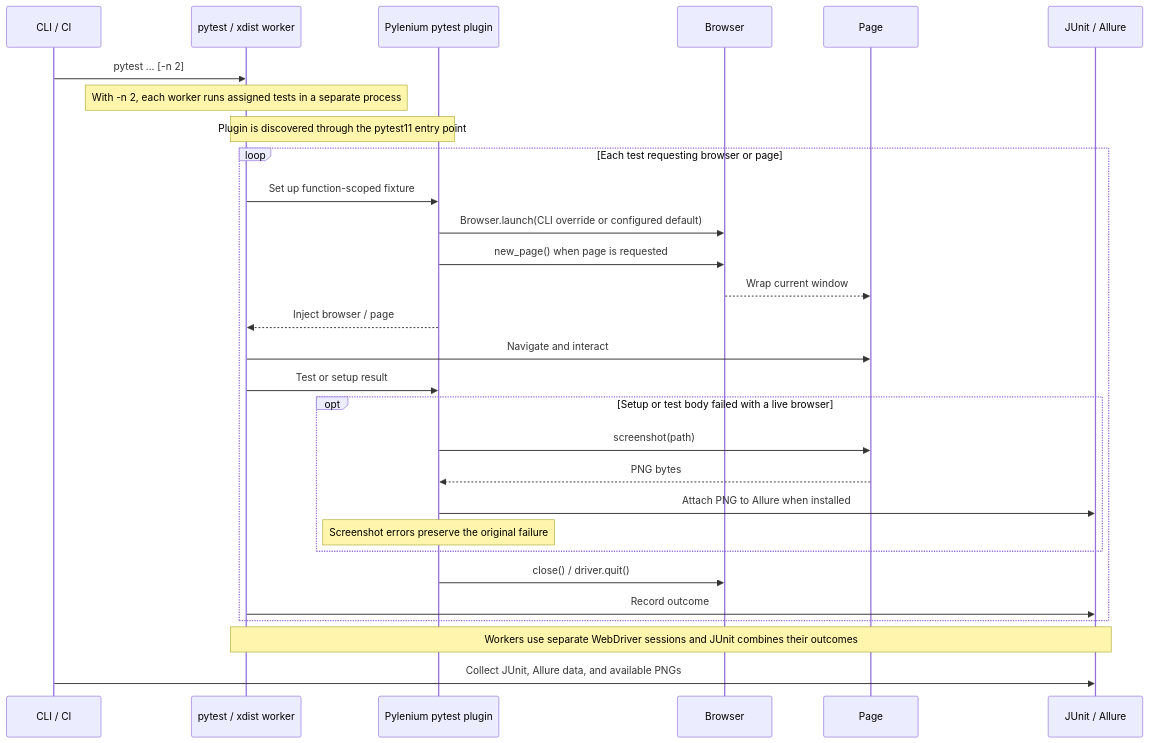
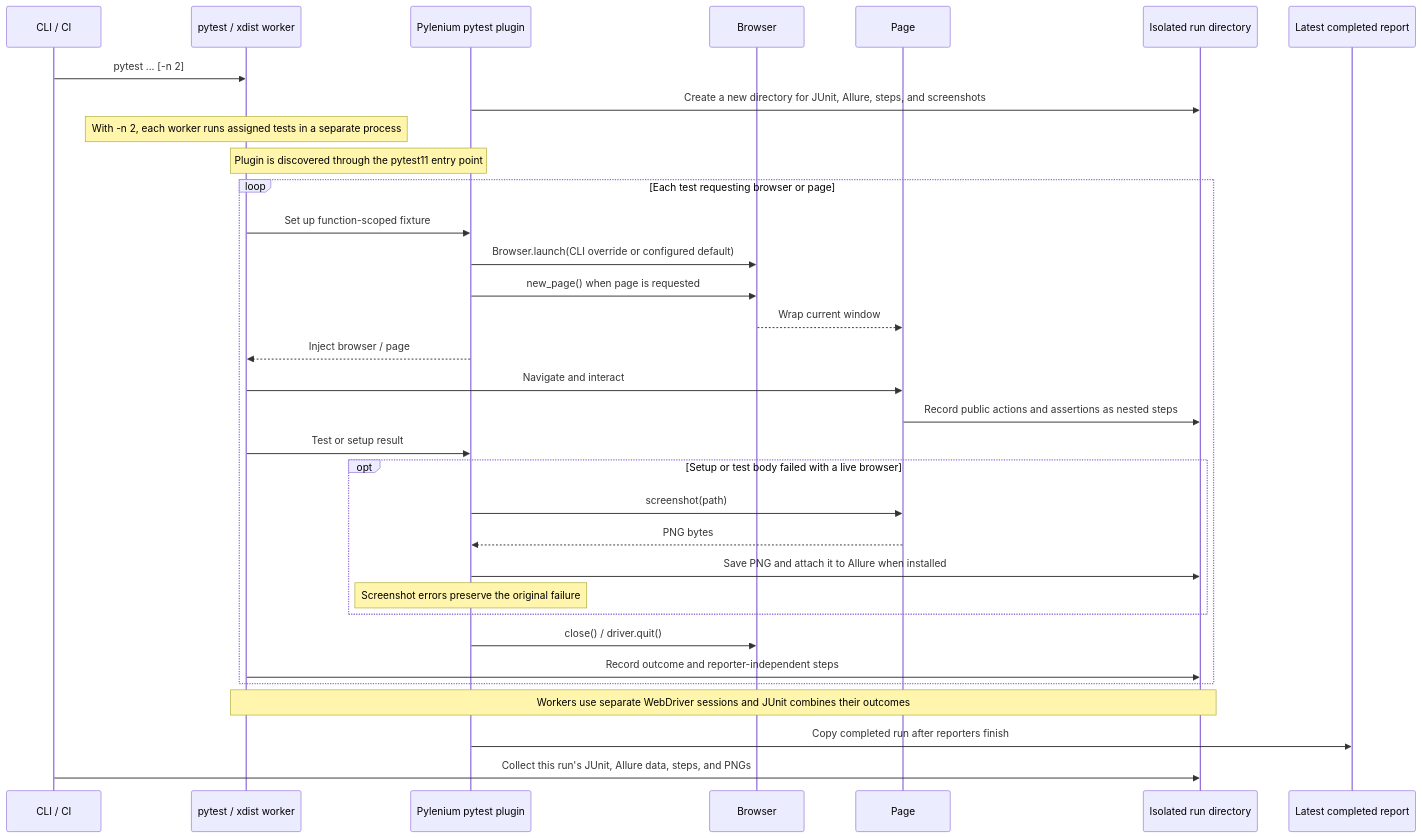
The diagram in diagram/lifecycle.md (AGDthuannguyen/Sele3-Aug2026), drawn with Mermaid before and after one commit. The commit also changed 16 other files, not shown here.

First line of the commit message:
Optimize 3: Add reusable reporting steps and latest reports (#11)

````diff
--- a/diagram/lifecycle.md
+++ b/diagram/lifecycle.md
@@ -3,36 +3,40 @@
 ```mermaid
 sequenceDiagram
     participant Runner as CLI / CI
     participant Pytest as pytest / xdist worker
     participant Plugin as Pylenium pytest plugin
     participant Browser
     participant Page
-    participant Results as JUnit / Allure
+    participant Results as Isolated run directory
+    participant Latest as Latest completed report
 
     Runner->>Pytest: pytest ... [-n 2]
+    Plugin->>Results: Create a new directory for JUnit, Allure, steps, and screenshots
     Note over Pytest: With -n 2, each worker runs assigned tests in a separate process
     Note over Pytest,Plugin: Plugin is discovered through the pytest11 entry point
 
     loop Each test requesting browser or page
         Pytest->>Plugin: Set up function-scoped fixture
         Plugin->>Browser: Browser.launch(CLI override or configured default)
         Plugin->>Browser: new_page() when page is requested
         Browser-->>Page: Wrap current window
         Plugin-->>Pytest: Inject browser / page
         Pytest->>Page: Navigate and interact
+        Page->>Results: Record public actions and assertions as nested steps
         Pytest->>Plugin: Test or setup result
 
         opt Setup or test body failed with a live browser
             Plugin->>Page: screenshot(path)
             Page-->>Plugin: PNG bytes
-            Plugin->>Results: Attach PNG to Allure when installed
+            Plugin->>Results: Save PNG and attach it to Allure when installed
             Note over Plugin: Screenshot errors preserve the original failure
         end
 
         Plugin->>Browser: close() / driver.quit()
-        Pytest->>Results: Record outcome
+        Pytest->>Results: Record outcome and reporter-independent steps
     end
 
     Note over Pytest,Results: Workers use separate WebDriver sessions and JUnit combines their outcomes
-    Runner->>Results: Collect JUnit, Allure data, and available PNGs
+    Plugin->>Latest: Copy completed run after reporters finish
+    Runner->>Results: Collect this run's JUnit, Allure data, steps, and PNGs
 ```
````
